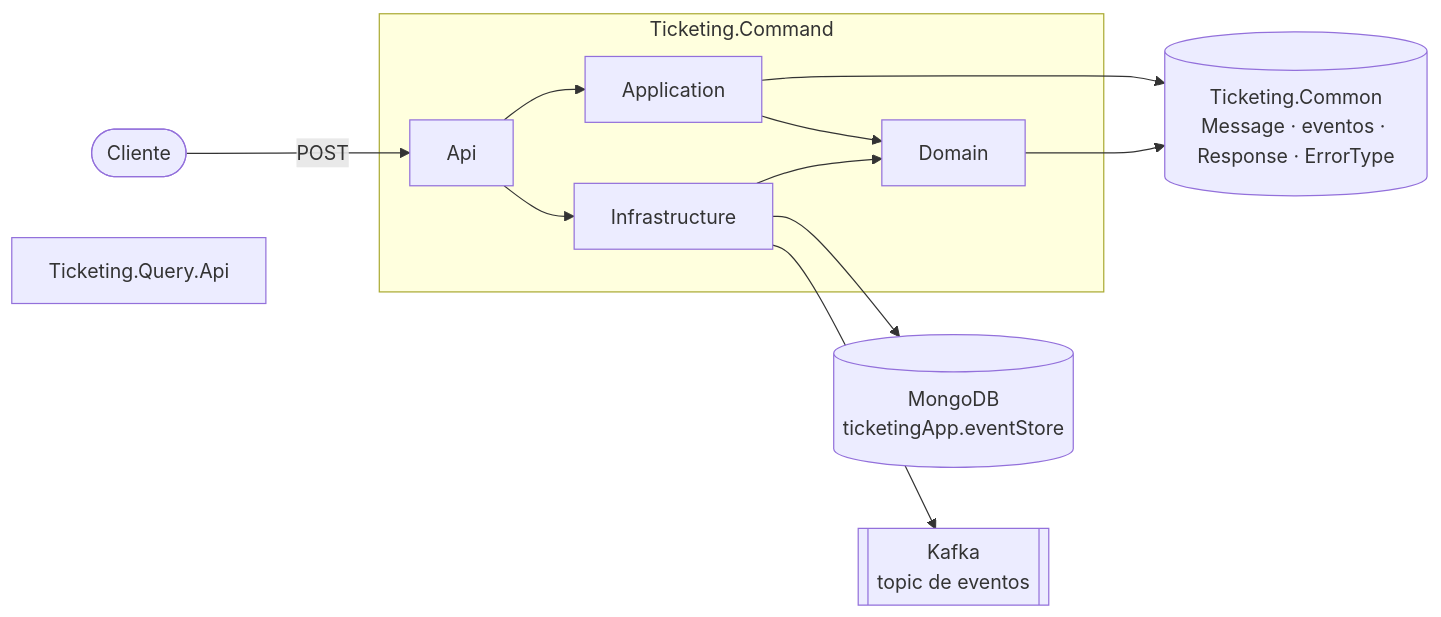
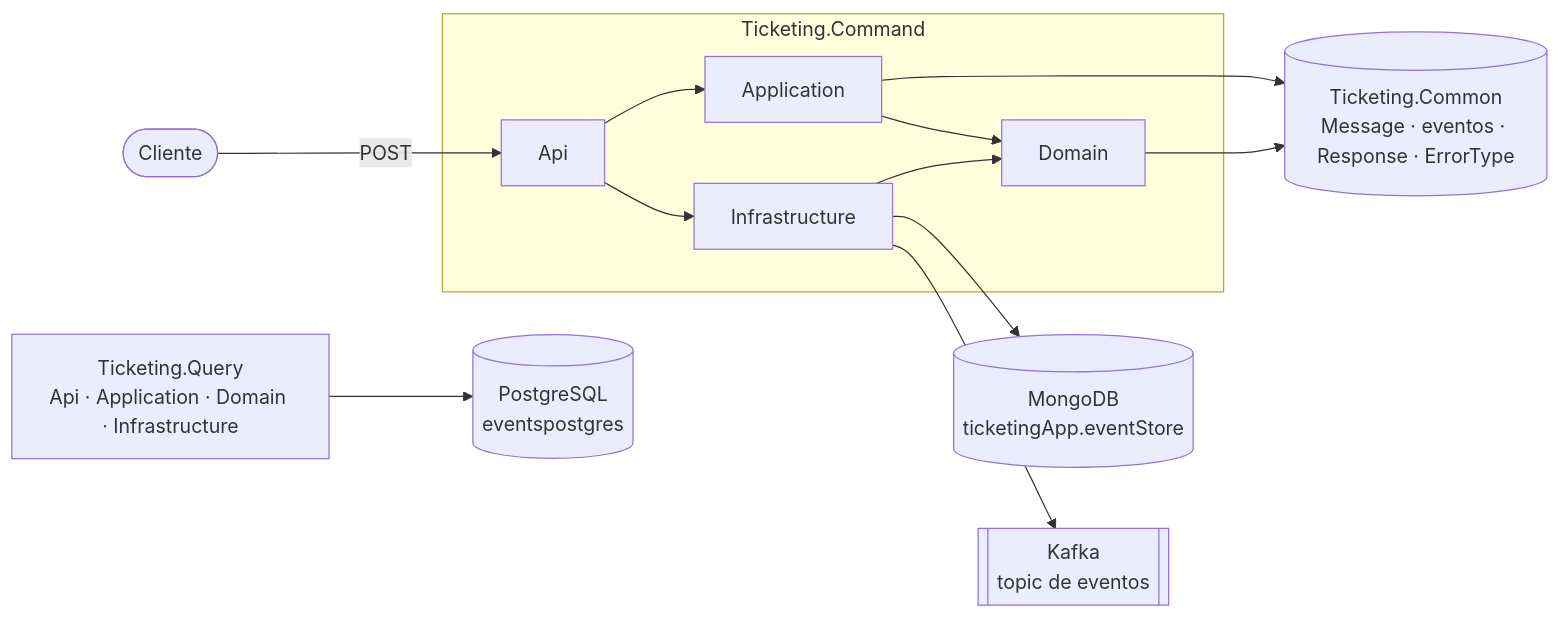
One commit to rubendevvalencia/BackendPortfolio changed the first of 3 diagrams in Microservices-Events/docs/arquitectura.md. Above: the diagram before and after it, drawn with Mermaid. The commit also changed other lines of this file and 7 other files, not shown here.

````diff
--- a/Microservices-Events/docs/arquitectura.md
+++ b/Microservices-Events/docs/arquitectura.md
@@ -11,20 +11,22 @@
 ```mermaid
 flowchart LR
     Client([Cliente])
     subgraph Command[Ticketing.Command]
         Api[Api] --> App[Application]
         App --> Dom[Domain]
         Infra[Infrastructure] --> Dom
         Api --> Infra
     end
-    Query[Ticketing.Query.Api]
+    Query[Ticketing.Query<br/>Api · Application · Domain · Infrastructure]
     Common[(Ticketing.Common<br/>Message · eventos · Response · ErrorType)]
     Mongo[(MongoDB<br/>ticketingApp.eventStore)]
+    Postgres[(PostgreSQL<br/>eventspostgres)]
     Kafka[[Kafka<br/>topic de eventos]]
 
     Client -->|POST| Api
     Infra --> Mongo
     Infra --> Kafka
+    Query --> Postgres
     App --> Common
     Dom --> Common
 ```
````
